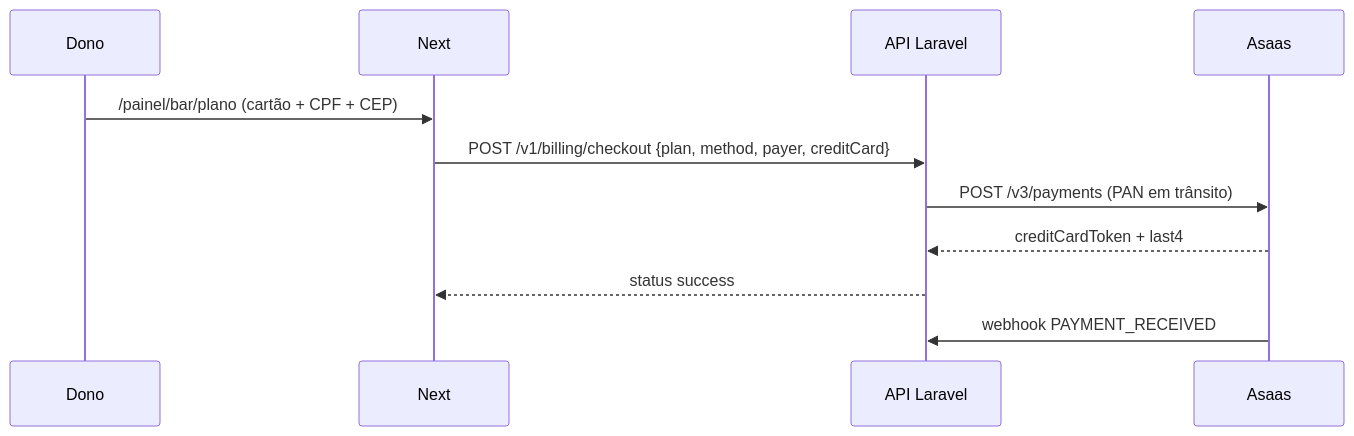
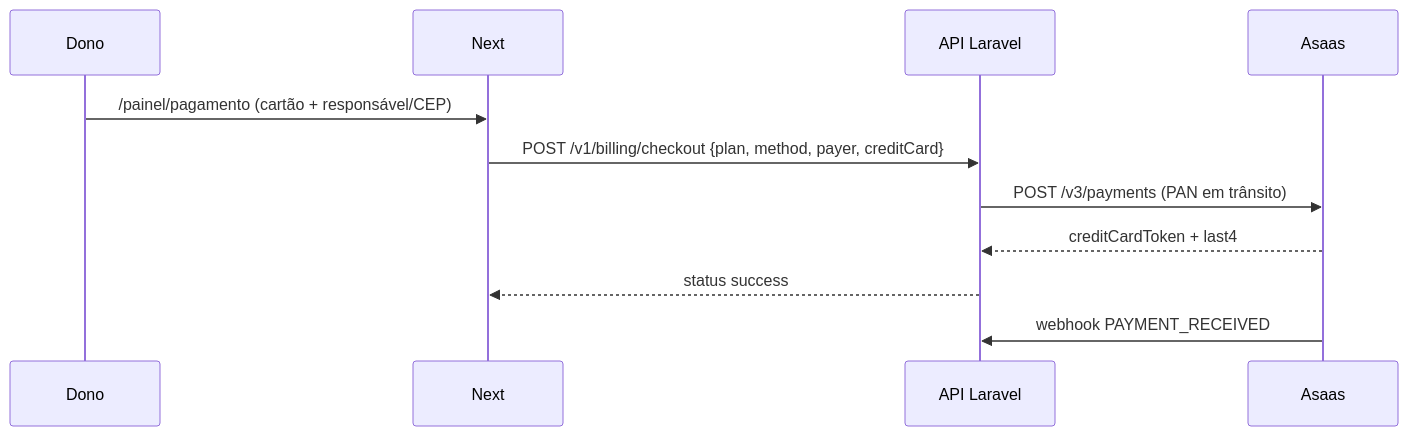
One commit to filiperamosds/eaimesa-frontend changed the diagram in docs/product/fatia-12-pagamento-asaas.md. Above: the diagram before and after it, drawn with Mermaid. The commit also changed other lines of this file and 41 other files, not shown here.

First line of the commit message:
Reorganizar painel: Operação + Configurações e responsável

````diff
--- a/docs/product/fatia-12-pagamento-asaas.md
+++ b/docs/product/fatia-12-pagamento-asaas.md
@@ -42,14 +42,14 @@
 ```mermaid
 sequenceDiagram
   participant D as Dono
   participant W as Next
   participant API as API Laravel
   participant A as Asaas
 
-  D->>W: /painel/bar/plano (cartão + CPF + CEP)
+  D->>W: /painel/pagamento (cartão + responsável/CEP)
   W->>API: POST /v1/billing/checkout {plan, method, payer, creditCard}
   API->>A: POST /v3/payments (PAN em trânsito)
   A-->>API: creditCardToken + last4
   API-->>W: status success
   A->>API: webhook PAYMENT_RECEIVED
 ```
````
